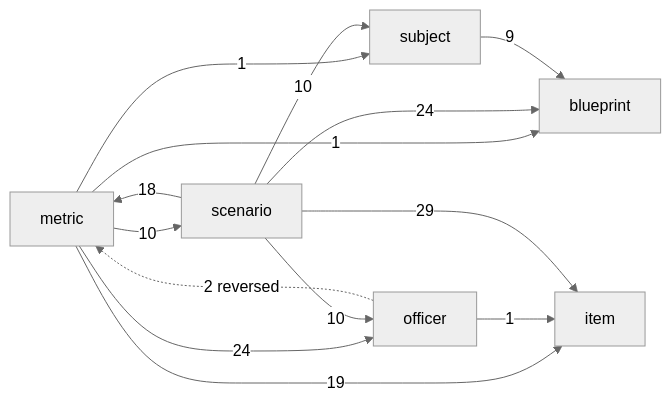
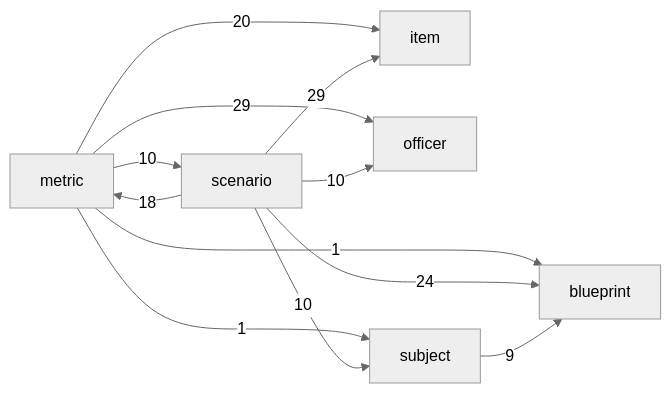
The diagram in docs/architecture.md (geraldmaron/tactically-idle), drawn with Mermaid (neutral theme) before and after one commit. The commit also changed other lines of this file and 21 other files, not shown here.

````diff
--- a/docs/architecture.md
+++ b/docs/architecture.md
@@ -40,16 +40,14 @@
 ```mermaid
 flowchart LR
   metric -->|1| blueprint
-  metric -->|19| item
-  metric -->|24| officer
+  metric -->|20| item
+  metric -->|29| officer
   metric -->|10| scenario
   metric -->|1| subject
-  officer -->|1| item
-  officer -.->|2 reversed| metric
   scenario -->|24| blueprint
   scenario -->|29| item
   scenario -->|18| metric
   scenario -->|10| officer
   scenario -->|10| subject
   subject -->|9| blueprint
 ```
````
